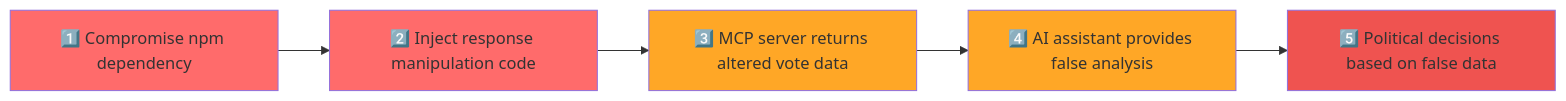
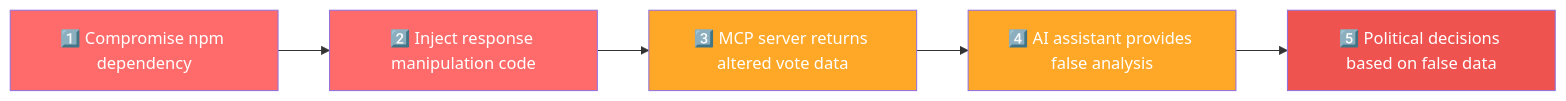
Before and after one commit to Hack23/European-Parliament-MCP-Server: the sixth of 21 diagrams in THREAT_MODEL.md, drawn with Mermaid. The commit also changed other lines of this file and 28 other files, not shown here.

First line of the commit message:
fix: correct 5 broken mermaid diagrams and add explicit text colors for dark/light mode

````diff
--- a/THREAT_MODEL.md
+++ b/THREAT_MODEL.md
@@ -768,13 +775,18 @@
 ```mermaid
 graph LR
     A[1️⃣ Compromise npm dependency] --> B[2️⃣ Inject response manipulation code]
     B --> C[3️⃣ MCP server returns altered vote data]
     C --> D[4️⃣ AI assistant provides false analysis]
     D --> E[5️⃣ Political decisions based on false data]
     
-    style A fill:#ff6b6b
-    style B fill:#ff6b6b
-    style C fill:#ffa726
-    style D fill:#ffa726
-    style E fill:#ef5350
+    style A fill:#ff6b6b,color:#ffffff
+
+    style B fill:#ff6b6b,color:#ffffff
+
+    style C fill:#ffa726,color:#ffffff
+
+    style D fill:#ffa726,color:#ffffff
+
+    style E fill:#ef5350,color:#ffffff
+
 ```
````
